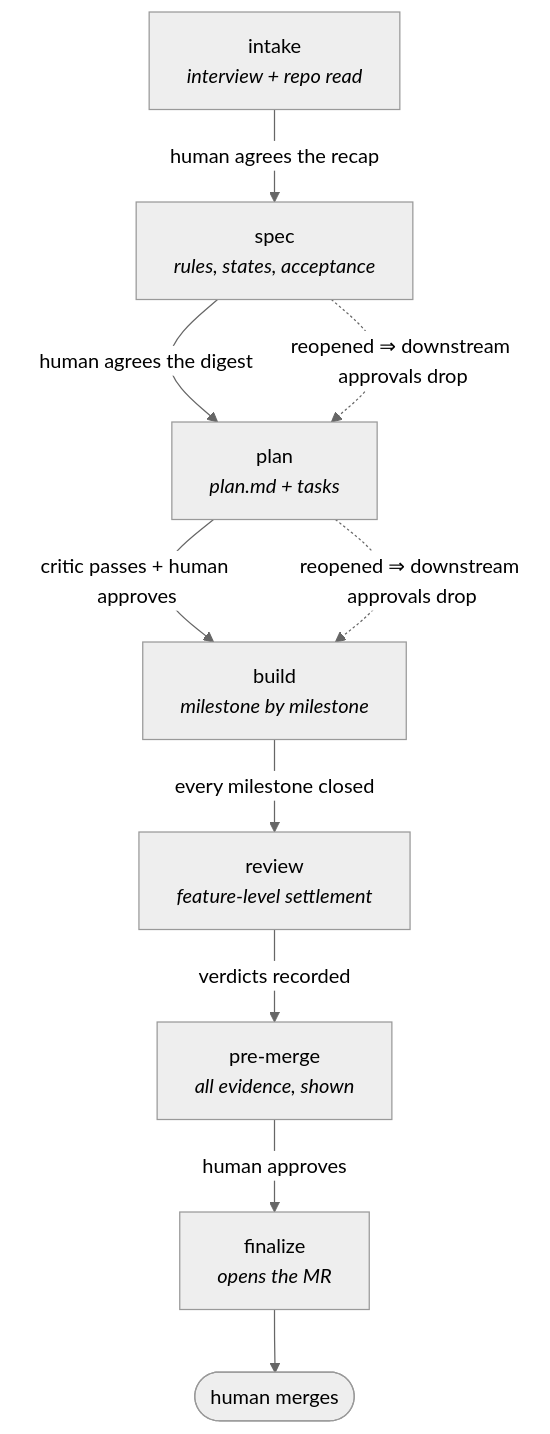
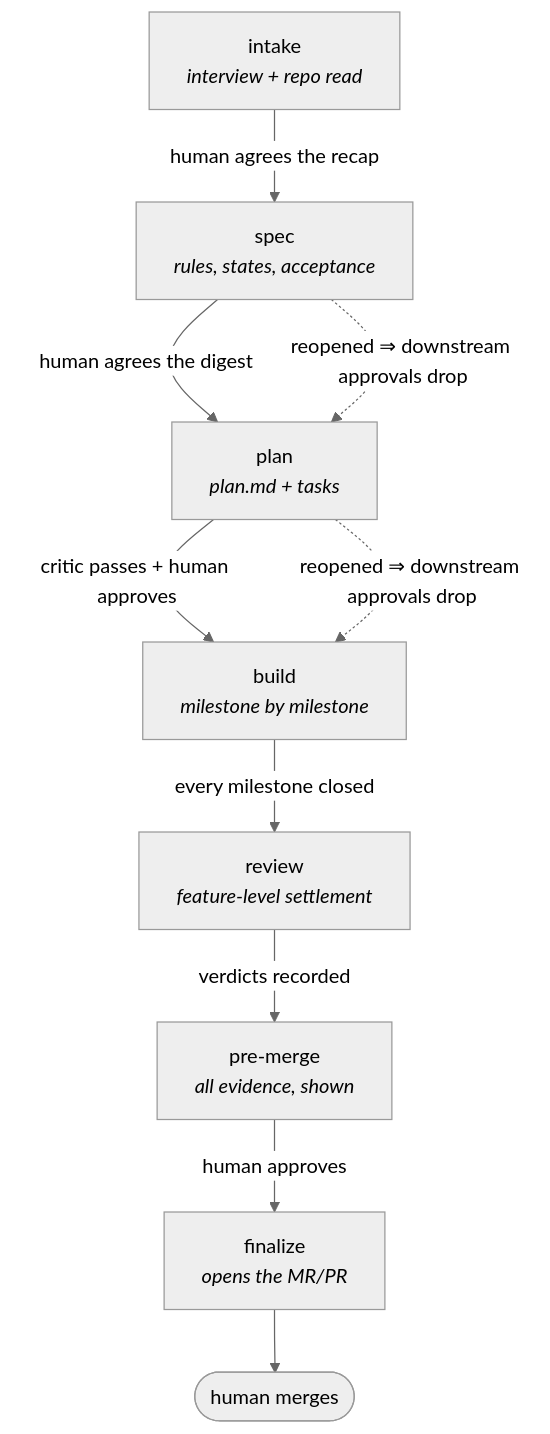
The first of 2 diagrams in README.md (rachiddaoud/legion), drawn with Mermaid (neutral theme) before and after one commit. The commit also changed other lines of this file and 24 other files, not shown here.

````diff
--- a/README.md
+++ b/README.md
@@ -67,21 +68,21 @@
 ```mermaid
 flowchart TD
     I[intake<br/><i>interview + repo read</i>]
     S[spec<br/><i>rules, states, acceptance</i>]
     P[plan<br/><i>plan.md + tasks</i>]
     B[build<br/><i>milestone by milestone</i>]
     R[review<br/><i>feature-level settlement</i>]
     M[pre-merge<br/><i>all evidence, shown</i>]
-    F[finalize<br/><i>opens the MR</i>]
+    F[finalize<br/><i>opens the MR/PR</i>]
 
     I -->|human agrees the recap| S
     S -->|human agrees the digest| P
     P -->|critic passes + human approves| B
     B -->|every milestone closed| R
     R -->|verdicts recorded| M
     M -->|human approves| F
     F --> H([human merges])
 
     S -.->|reopened ⇒ downstream approvals drop| P
     P -.->|reopened ⇒ downstream approvals drop| B
 ```
````
